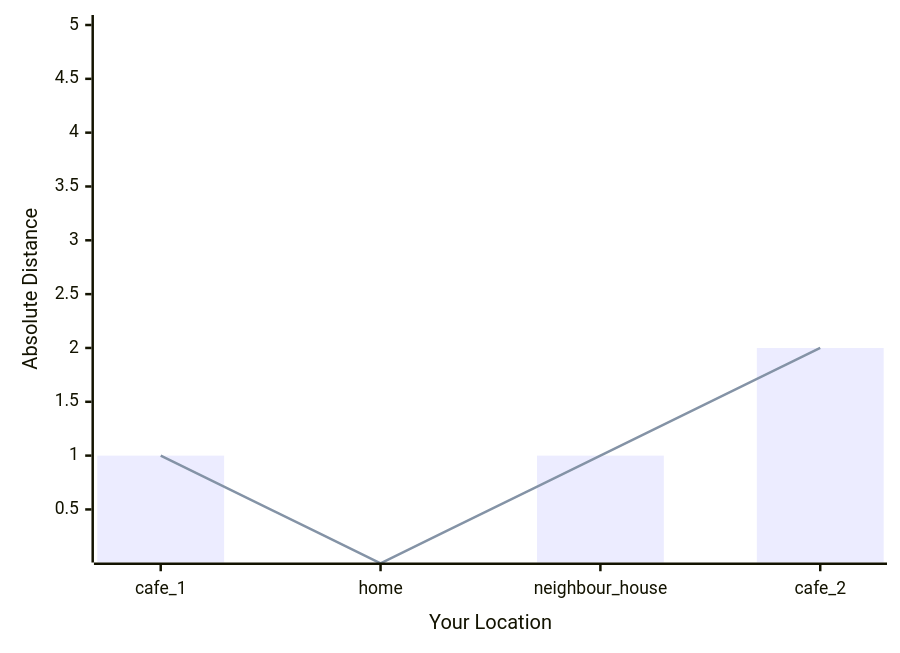
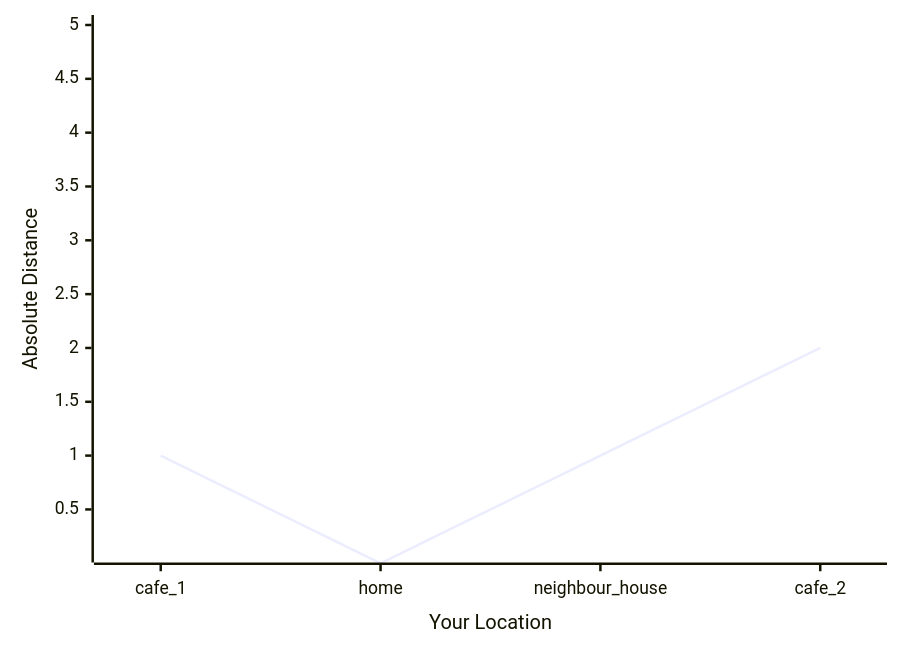
One commit to 2BytesGoat/2BytesGoat.github.io changed the second of 2 diagrams in content/Machine Learning/How it Works/Intro to Loss Functions.md. Above: the diagram before and after it, drawn with Mermaid. The commit also changed other lines of this file and 1 other file, not shown here.

Commit message:
fix: added first draft of decission trees

````diff
--- a/content/Machine Learning/How it Works/Intro to Loss Functions.md
+++ b/content/Machine Learning/How it Works/Intro to Loss Functions.md
@@ -89,7 +88,6 @@
 ```mermaid
 xychart-beta
 x-axis "Your Location" [cafe_1, home, neighbour_house, cafe_2]
 y-axis "Absolute Distance" 0.1 --> 5
-bar [1, 0, 1, 2]
 line [1, 0, 1, 2]
 ```
````
